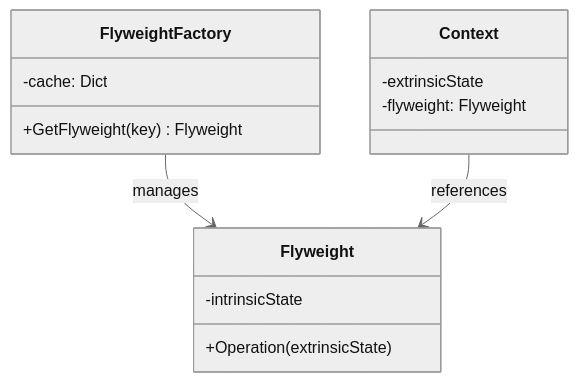
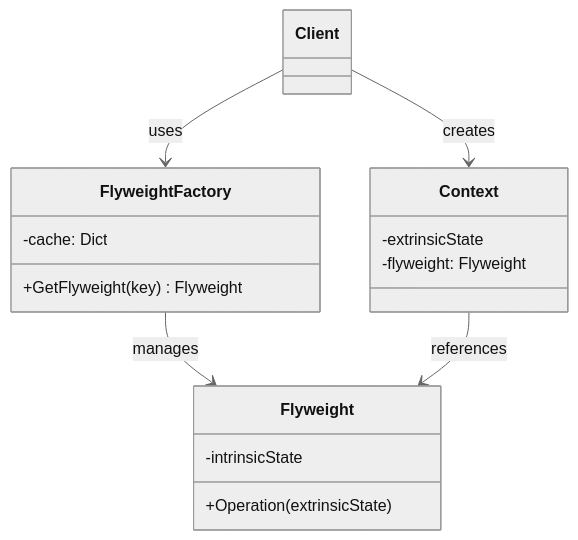
The sixth of 8 diagrams in raw/cs/design-patterns/structural-patterns.md (minijb/Wiki), drawn with Mermaid (neutral theme) before and after one commit. The commit also changed other lines of this file and 962 other files, not shown here.

````diff
--- a/raw/cs/design-patterns/structural-patterns.md
+++ b/raw/cs/design-patterns/structural-patterns.md
@@ -626,18 +833,21 @@
 ```mermaid
 classDiagram
     class FlyweightFactory {
         -cache: Dict
         +GetFlyweight(key) Flyweight
     }
     class Flyweight {
         -intrinsicState
         +Operation(extrinsicState)
     }
     class Context {
         -extrinsicState
         -flyweight: Flyweight
     }
+    class Client
 
     FlyweightFactory --> Flyweight : manages
     Context --> Flyweight : references
+    Client --> FlyweightFactory : uses
+    Client --> Context : creates
 ```
````
